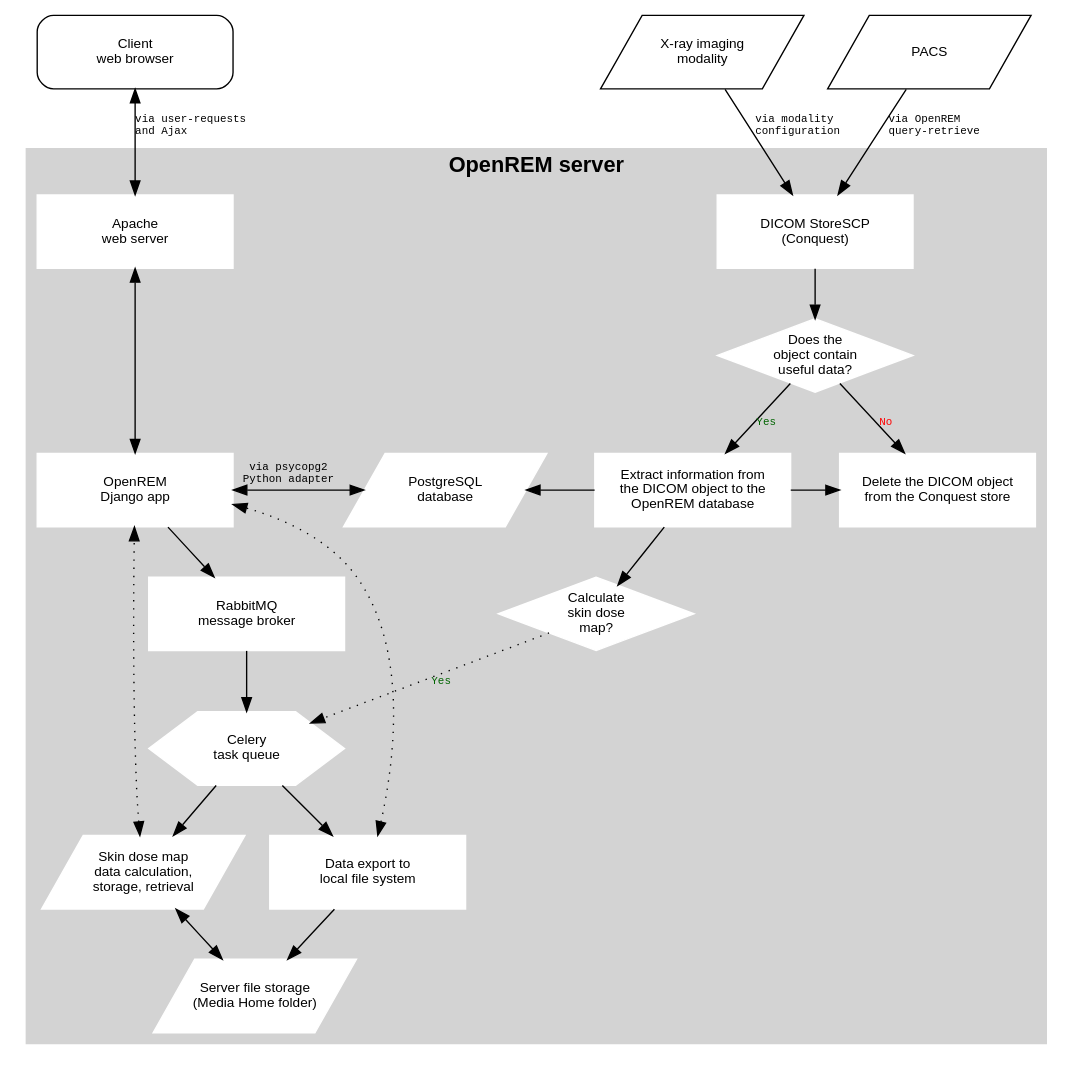
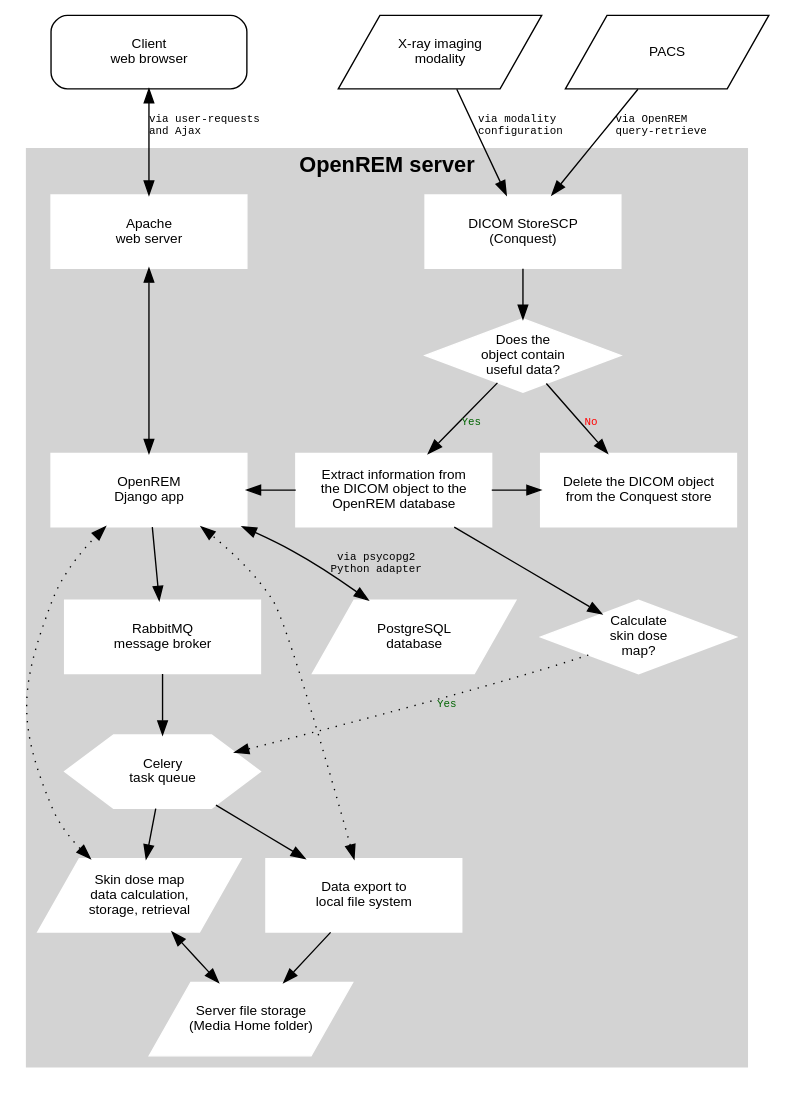
Before and after one commit to ckswilliams/modOpenREM: the diagram in docs/testgraphviz.rst, drawn with Graphviz.

Commit message:
All database transactions employ the django API... not sure about the layout...

```diff
--- a/docs/testgraphviz.rst
+++ b/docs/testgraphviz.rst
@@ -4,74 +4,74 @@
 .. graphviz::
 
    digraph {
       node [fixedsize=true width=2.0 height=0.75 fontsize=10 margin="0.0,0.0"];
 
       // Define the things on the server
       subgraph cluster_server {
 
          label="OpenREM server";
          tooltip="The server";
          fontname="Helvetica-bold";
          fontsize=16;
          style=filled;
          color=lightgrey;
          node [style=filled color=white];
 
          // Define the nodes for the data storage, display and retrieval
          webserver [label="Apache\nweb server" fontname="Helvetica" tooltip="Serve web pages to the user" shape="box"];
          python_django [label="OpenREM\nDjango app" fontname="Helvetica" tooltip="Python web framework" shape="box"];
          database [label="PostgreSQL\ndatabase" fontname="Helvetica" tooltip="Relational database management system" shape="parallelogram"];
          rabbitmq [label="RabbitMQ\nmessage broker" fontname="Helvetica" tooltip="Message broker" shape="box"];
          celery [label="Celery\ntask queue" fontname="Helvetica" tooltip="Asynchronous task queue" shape="hexagon"];
          skin_dose_map_data [label="Skin dose map\ndata calculation,\nstorage, retrieval" fontname="Helvetica" tooltip="Calculate, store and retrieve skin dose map data" shape="parallelogram"];
          server_media_folder [label="Server file storage\n(Media Home folder)" fontname="Helvetica" tooltip="File storage on the server" shape="parallelogram"];
          data_export [label="Data export to\nlocal file system" fontname="Helvetica" tooltip="Files are made available to the user via a web page URL" shape="box"];
 
          // Define the links between the data storage, display and retrieval
          webserver -> python_django [dir=both];
          python_django -> database [dir=both label="via psycopg2\nPython adapter" fontsize=8 fontname="Courier"];
          python_django -> rabbitmq;
          rabbitmq -> celery;
          celery -> skin_dose_map_data;
          celery -> data_export;
          skin_dose_map_data -> server_media_folder [dir=both];
          skin_dose_map_data -> python_django [style=dotted dir=both];
          data_export -> server_media_folder;
          data_export -> python_django [style=dotted dir=both];
 
          // Define the nodes for the DICOM store, database population and skin dose map calculation
          conquest [label="DICOM StoreSCP\n(Conquest)" fontname="Helvetica" tooltip="Conquest, acting as a DICOM storage SCP" shape="box"];
          conquest_script [shape=diamond label="Does the\nobject contain\nuseful data?" fontname="Helvetica" tooltip="Process the rules in dicom.ini"];
          populate_database [label="Extract information from\nthe DICOM object to the\nOpenREM database" fontname="Helvetica", tooltip="Extract data using OpenREM's python scripts" shape="box"];
          delete_object [label="Delete the DICOM object\nfrom the Conquest store" fontname="Helvetica" tooltip="Delete the DICOM object from the local store SCP" shape="box"];
          calc_skin_dose_map [shape=diamond label="Calculate\nskin dose\nmap?" fontname="Helvetica" tooltip="Calculate the skin dose map?"];
 
          // Define the links between the DICOM store, database population and skin dose map calculation
          conquest_script -> populate_database [label="Yes" fontcolor=darkgreen fontsize=8 fontname="Courier"];
          populate_database -> delete_object;
          conquest_script -> delete_object [label="No" fontcolor=red fontsize=8 fontname="Courier"];
          conquest -> conquest_script;
          populate_database -> calc_skin_dose_map;
 
          // Define the links between the two groups
-         database -> populate_database [dir=back]
+         python_django -> populate_database [dir=back]
          calc_skin_dose_map -> celery [style=dotted label="Yes" fontcolor=darkgreen fontsize=8 fontname="Courier"]
 
          // Force certain nodes to be on the same level so that the diagram looks good (hopefully)
          {rank=same; webserver conquest};
-         {rank=same; python_django database populate_database delete_object}
+         {rank=same; python_django populate_database delete_object}
       }
 
       // Define the web browser, modality and pacs nodes
       web_browser [label="Client\nweb browser" fontname="Helvetica" tooltip="The user's web browser" shape="box" style=rounded];
       modality [label="X-ray imaging\nmodality" fontname="Helvetica" tooltip="Data send from an x-ray imaging modality" shape="parallelogram"];
       pacs [label="PACS" fontname="Helvetica" tooltip="A Picture Archiving and Communication System" shape="parallelogram"];
 
       // Define the links that the browser, modality and pacs have
       web_browser -> webserver [dir=both label="via user-requests\land Ajax\l" fontsize=8 fontname="Courier" tooltip="Ajax used to retrieve chart data"];
       modality -> conquest [label="via modality\lconfiguration\l" fontsize=8 fontname="Courier"];
       pacs -> conquest [label="via OpenREM\lquery-retrieve\l" fontsize=8 fontname="Courier"];
 
       // Force the web browser, modality and pacs to be on the same level
       {rank=same; web_browser modality pacs};
    }
```
